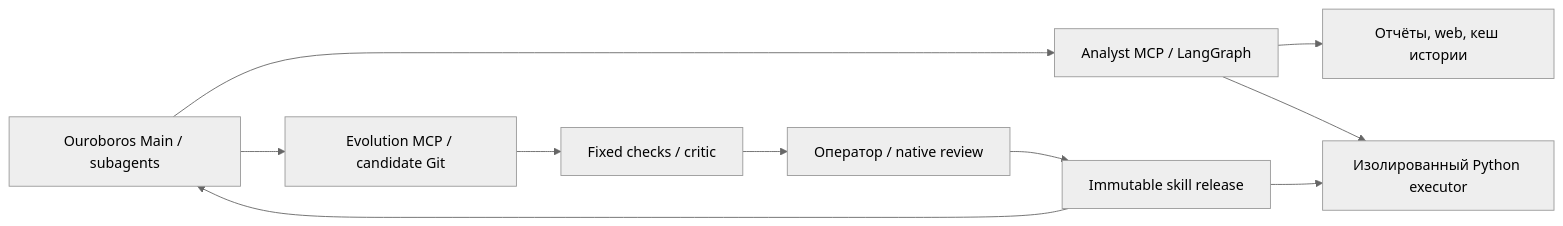
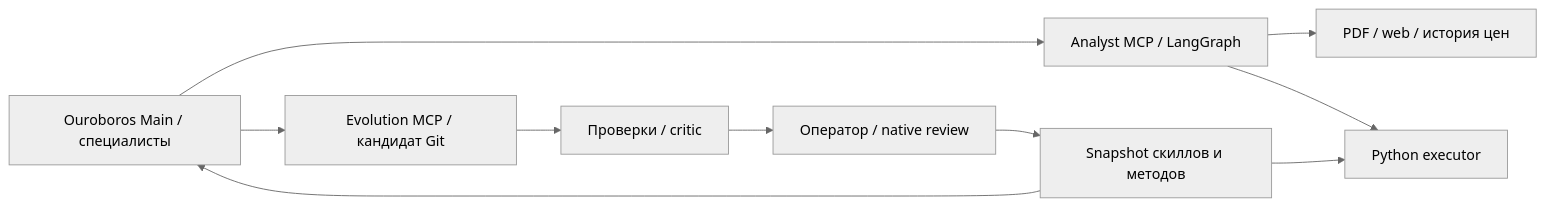
One commit to HolyBayes/oilagent-core changed the diagram in ARCHITECTURE.md. Above: the diagram before and after it, drawn with Mermaid (neutral theme). The commit also changed other lines of this file and 3 other files, not shown here.

````diff
--- a/ARCHITECTURE.md
+++ b/ARCHITECTURE.md
@@ -5,12 +6,12 @@
 ```mermaid
 flowchart LR
-  UI[Ouroboros Main / subagents] --> MCP[Analyst MCP / LangGraph]
-  MCP --> DATA[Отчёты, web, кеш истории]
-  MCP --> RUN[Изолированный Python executor]
-  REL[Immutable skill release] --> RUN
+  UI[Ouroboros Main / специалисты] --> MCP[Analyst MCP / LangGraph]
+  MCP --> DATA[PDF / web / история цен]
+  MCP --> RUN[Python executor]
+  UI --> EVO[Evolution MCP / кандидат Git]
+  EVO --> CHECK[Проверки / critic]
+  CHECK --> OP[Оператор / native review]
+  OP --> REL[Snapshot скиллов и методов]
+  REL --> RUN
   REL --> UI
-  UI --> EVO[Evolution MCP / candidate Git]
-  EVO --> CHECK[Fixed checks / critic]
-  CHECK --> OP[Оператор / native review]
-  OP --> REL
 ```
````
